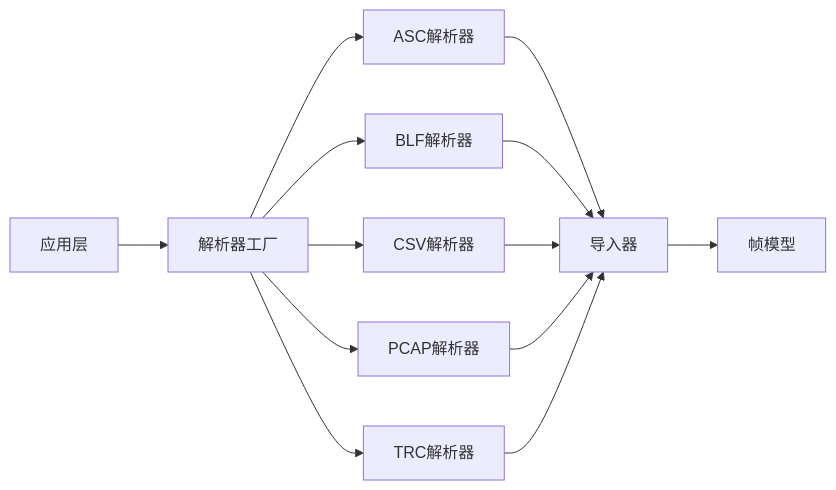
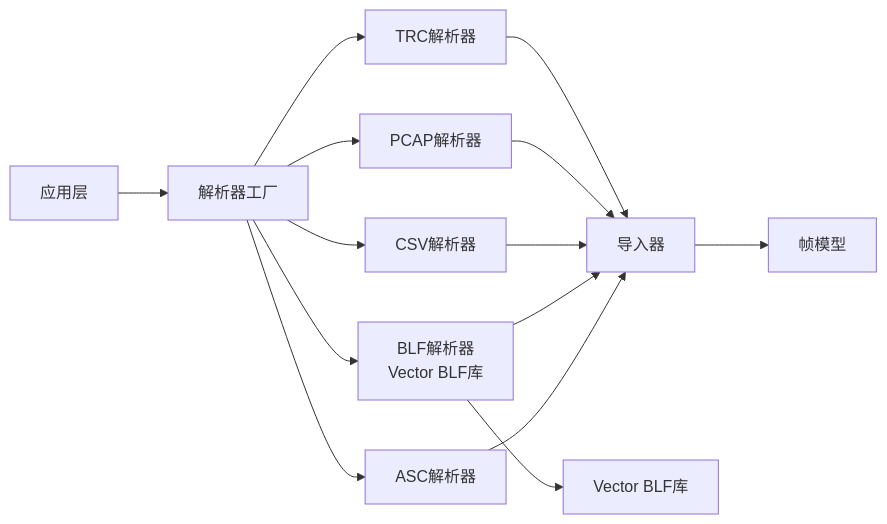
Before and after one commit to jakecai1225-design/OpenBus: diagram 11 of 11 in .qoder/repowiki/zh/content/核心模块详解/CAN文件IO系统.md, drawn with Mermaid. The commit also changed other lines of this file and 38 other files, not shown here.

````diff
--- a/.qoder/repowiki/zh/content/核心模块详解/CAN文件IO系统.md
+++ b/.qoder/repowiki/zh/content/核心模块详解/CAN文件IO系统.md
@@ -453,15 +486,16 @@
 ```mermaid
 graph LR
 App["应用层"] --> Factory["解析器工厂"]
 Factory --> Asc["ASC解析器"]
-Factory --> Blf["BLF解析器"]
+Factory --> Blf["BLF解析器<br/>Vector BLF库"]
 Factory --> Csv["CSV解析器"]
 Factory --> Pcap["PCAP解析器"]
 Factory --> Trc["TRC解析器"]
 Asc --> Importer["导入器"]
 Blf --> Importer
 Csv --> Importer
 Pcap --> Importer
 Trc --> Importer
 Importer --> Model["帧模型"]
+Blf --> VectorBLF["Vector BLF库"]
 ```
````
